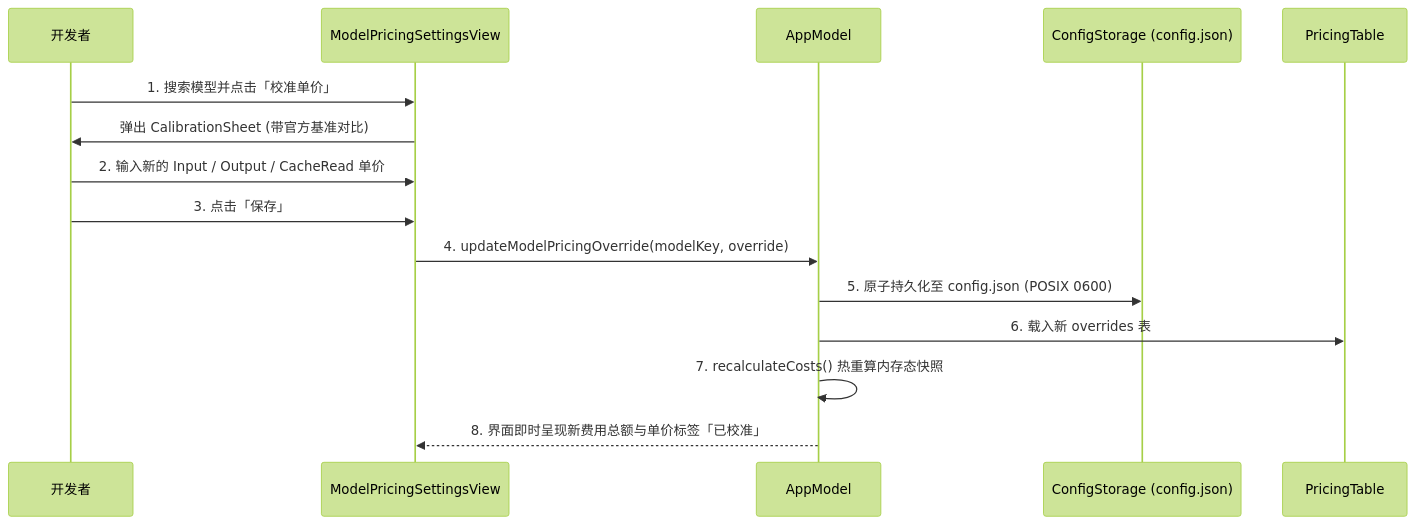
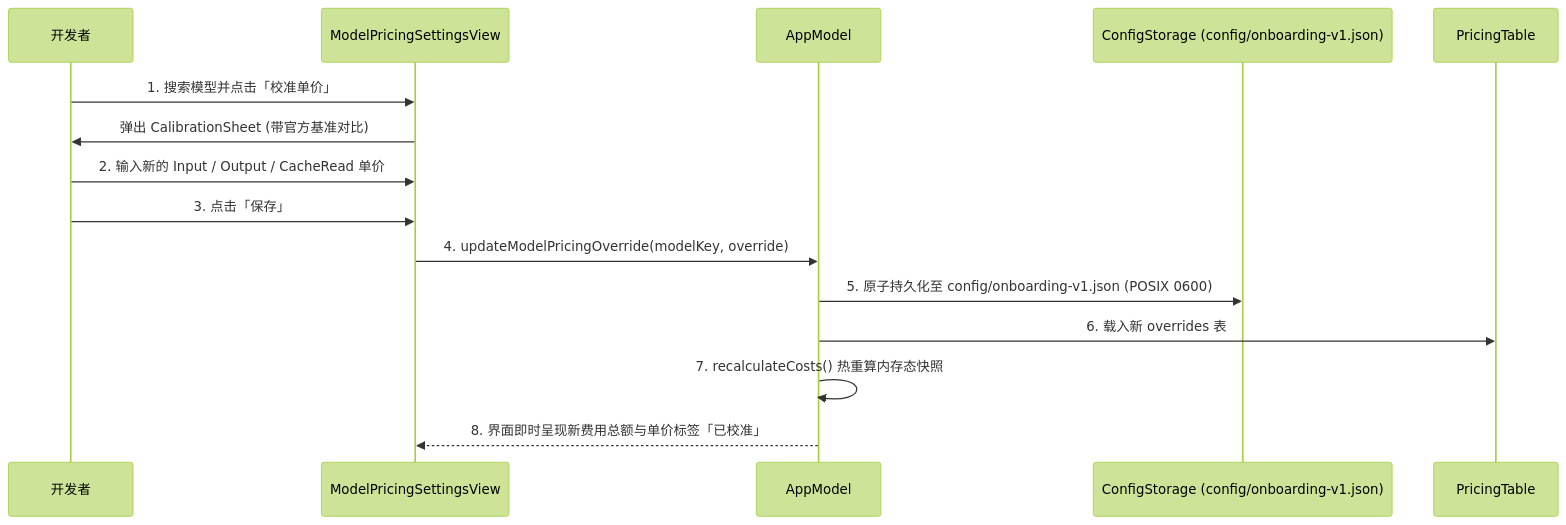
The diagram in docs/devel/design/04-设置中心与价格校准交互.md (4everSivan/Bruce), drawn with Mermaid (forest theme) before and after one commit. The commit also changed other lines of this file and 11 other files, not shown here.

````diff
--- a/docs/devel/design/04-设置中心与价格校准交互.md
+++ b/docs/devel/design/04-设置中心与价格校准交互.md
@@ -59,18 +59,18 @@
 ```mermaid
 sequenceDiagram
     participant User as 开发者
     participant View as ModelPricingSettingsView
     participant Model as AppModel
-    participant Store as ConfigStorage (config.json)
+    participant Store as ConfigStorage (config/onboarding-v1.json)
     participant Engine as PricingTable
 
     User->>View: 1. 搜索模型并点击「校准单价」
     View->>User: 弹出 CalibrationSheet (带官方基准对比)
     User->>View: 2. 输入新的 Input / Output / CacheRead 单价
     User->>View: 3. 点击「保存」
     View->>Model: 4. updateModelPricingOverride(modelKey, override)
-    Model->>Store: 5. 原子持久化至 config.json (POSIX 0600)
+    Model->>Store: 5. 原子持久化至 config/onboarding-v1.json (POSIX 0600)
     Model->>Engine: 6. 载入新 overrides 表
     Model->>Model: 7. recalculateCosts() 热重算内存态快照
     Model-->>View: 8. 界面即时呈现新费用总额与单价标签「已校准」
 ```
````
